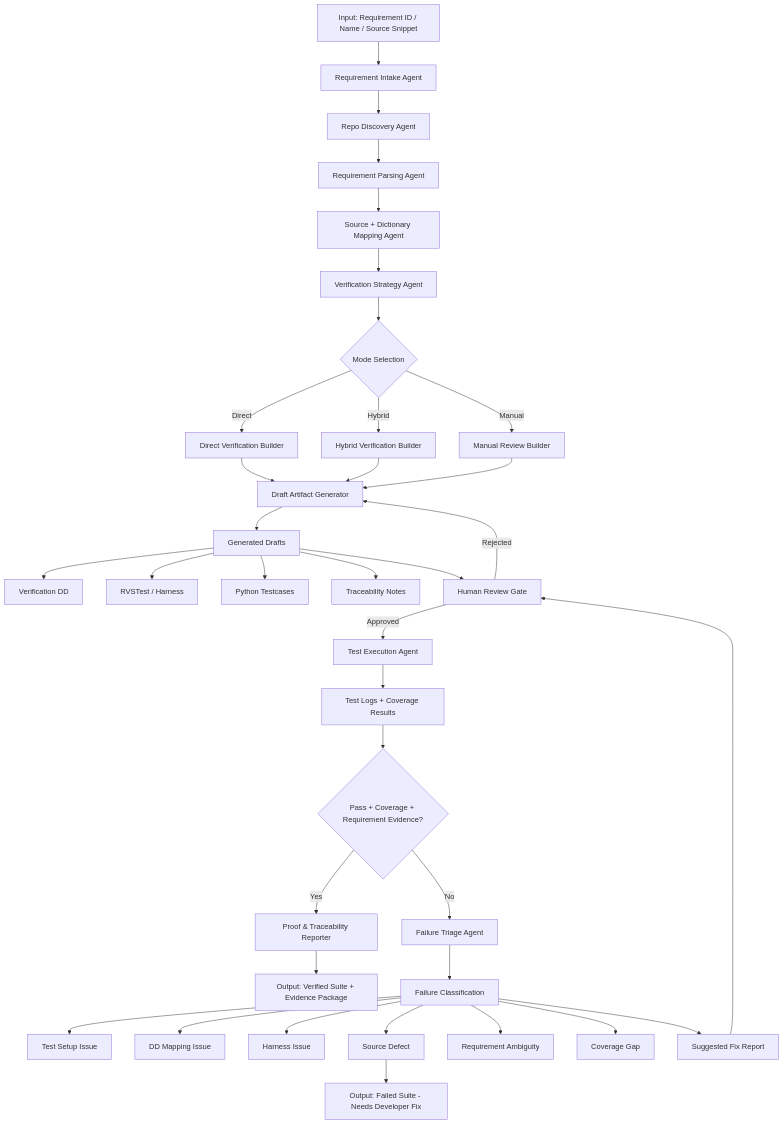
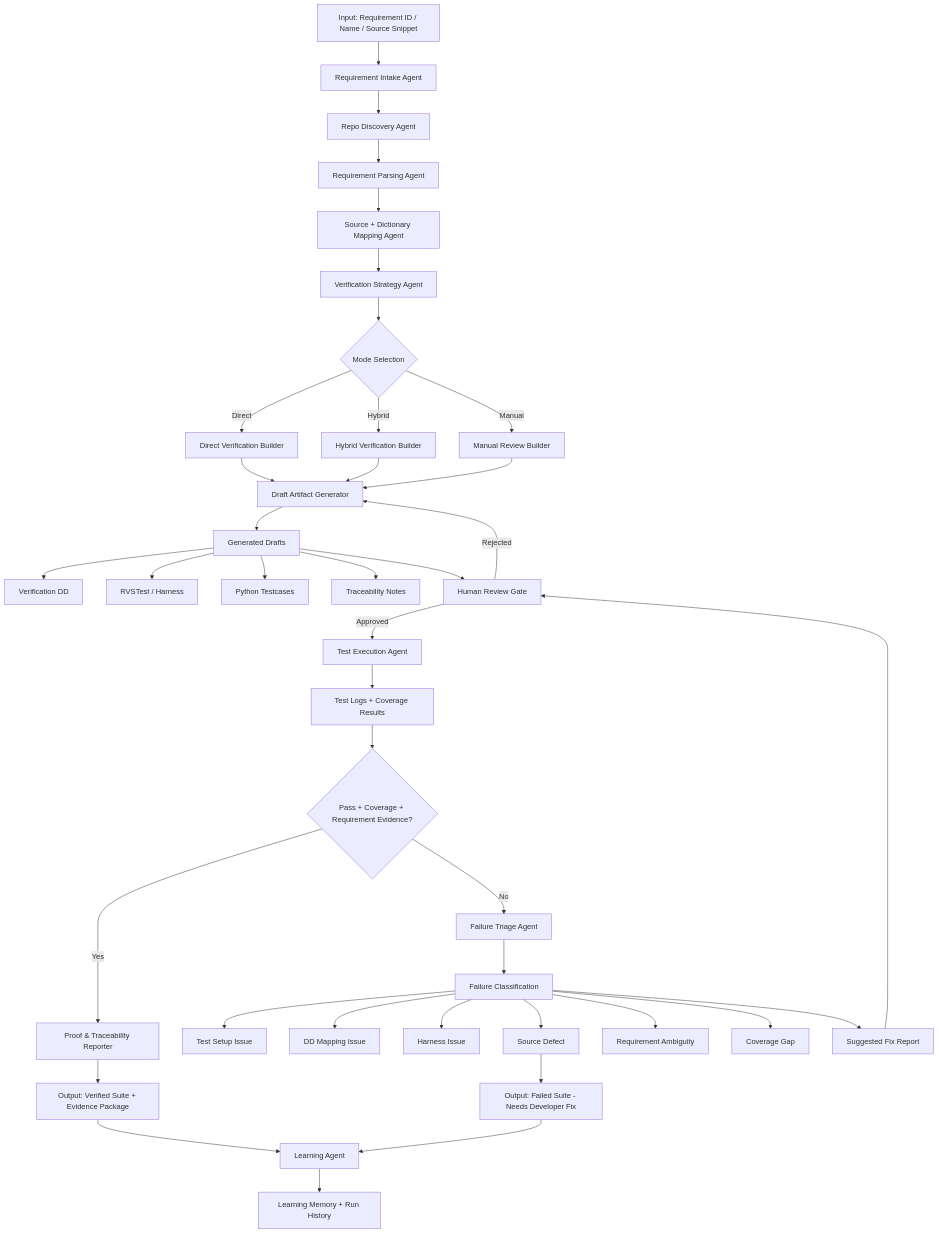
Before and after one commit to gogula04/MultiAgent: the diagram in verification-automation/articture.md, drawn with Mermaid. The commit also changed other lines of this file and 13 other files, not shown here.

Commit message:
Add dedicated learning agent and memory store

````diff
--- a/verification-automation/articture.md
+++ b/verification-automation/articture.md
@@ -5,49 +5,53 @@
 ```mermaid
 flowchart TD
   A[Input: Requirement ID / Name / Source Snippet] --> B[Requirement Intake Agent]
 
   B --> C[Repo Discovery Agent]
   C --> D[Requirement Parsing Agent]
   D --> E[Source + Dictionary Mapping Agent]
 
   E --> F[Verification Strategy Agent]
   F --> G{Mode Selection}
 
   G -->|Direct| H1[Direct Verification Builder]
   G -->|Hybrid| H2[Hybrid Verification Builder]
   G -->|Manual| H3[Manual Review Builder]
 
   H1 --> I[Draft Artifact Generator]
   H2 --> I
   H3 --> I
 
   I --> J[Generated Drafts]
   J --> J1[Verification DD]
   J --> J2[RVSTest / Harness]
   J --> J3[Python Testcases]
   J --> J4[Traceability Notes]
 
   J --> K[Human Review Gate]
   K -->|Approved| L[Test Execution Agent]
   K -->|Rejected| I
 
   L --> M[Test Logs + Coverage Results]
   M --> N{Pass + Coverage + Requirement Evidence?}
 
   N -->|Yes| O[Proof & Traceability Reporter]
   O --> P[Output: Verified Suite + Evidence Package]
 
   N -->|No| Q[Failure Triage Agent]
   Q --> R[Failure Classification]
   R --> R1[Test Setup Issue]
   R --> R2[DD Mapping Issue]
   R --> R3[Harness Issue]
   R --> R4[Source Defect]
   R --> R5[Requirement Ambiguity]
   R --> R6[Coverage Gap]
 
   R --> S[Suggested Fix Report]
   S --> K
 
   R4 --> T[Output: Failed Suite - Needs Developer Fix]
+
+  P --> U[Learning Agent]
+  T --> U
+  U --> V[Learning Memory + Run History]
 ```
````
